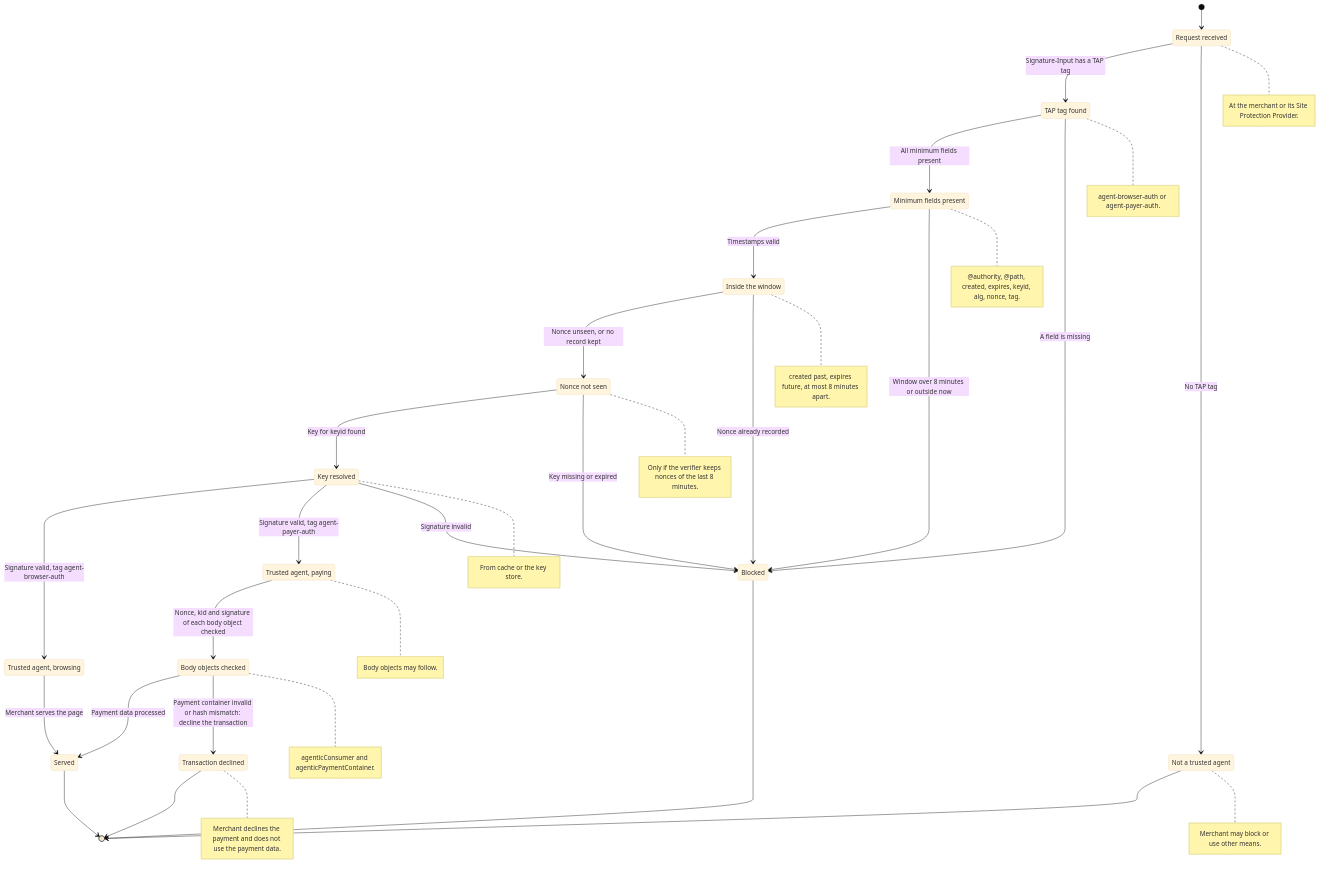
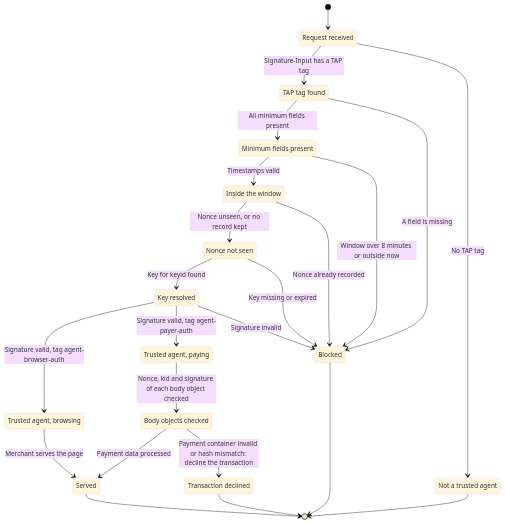
One commit to mercesAI/agentic-rails-atlas changed the diagram in src/generated/mermaid/visa-tap-request-verification.mmd. Above: the diagram before and after it, drawn with Mermaid (base theme). The commit also changed 56 other files, not shown here.

Commit message:
feat(diagrams): wide drawings are fitted to the column as previews with full screen as the reading view (Fit zoom, Actual size toggle); state notes move under the figure, which halves state machine widths and removes every measured label collision

```diff
--- a/src/generated/mermaid/visa-tap-request-verification.mmd
+++ b/src/generated/mermaid/visa-tap-request-verification.mmd
@@ -1,49 +1,39 @@
 stateDiagram-v2
   direction TB
   accTitle: Visa TAP: one request through verification (verifier-side state)
   accDescr: State diagram: Visa TAP: one request through verification (verifier-side state). 13 states: Request received, TAP tag found, Minimum fields present, Inside the window, Nonce not seen, Key resolved, Trusted agent, browsing, Trusted agent, paying, Body objects checked, Served, Not a trusted agent, Blocked, and Transaction declined. Starts in Request received. Ends in Served, Not a trusted agent, Blocked, and Transaction declined. 17 transitions. From Request received to TAP tag found when Signature-Input has a TAP tag. From Request received to Not a trusted agent when No TAP tag. From TAP tag found to Minimum fields present when All minimum fields present. From TAP tag found to Blocked when A field is missing. From Minimum fields present to Inside the window when Timestamps valid. From Minimum fields present to Blocked when Window over 8 minutes or outside now. From Inside the window to Nonce not seen when Nonce unseen, or no record kept. From Inside the window to Blocked when Nonce already recorded. From Nonce not seen to Key resolved when Key for keyid found (GET https://mcp.visa.com/.well-known/jwks). From Nonce not seen to Blocked when Key missing or expired (GET https://mcp.visa.com/.well-known/jwks). From Key resolved to Trusted agent, browsing when Signature valid, tag agent-browser-auth. From Key resolved to Trusted agent, paying when Signature valid, tag agent-payer-auth. From Key resolved to Blocked when Signature invalid. From Trusted agent, browsing to Served when Merchant serves the page. From Trusted agent, paying to Body objects checked when Nonce, kid and signature of each body object checked. From Body objects checked to Served when Payment data processed. From Body objects checked to Transaction declined when Payment container invalid or hash mismatch: decline the transaction.
   state "Request received" as s_received
   state "TAP tag found" as s_tagged
   state "Minimum fields present" as s_fields_ok
   state "Inside the window" as s_in_window
   state "Nonce not seen" as s_nonce_fresh
   state "Key resolved" as s_key_resolved
   state "Trusted agent, browsing" as s_verified_browse
   state "Trusted agent, paying" as s_verified_pay
   state "Body objects checked" as s_objects_checked
   state "Served" as s_served
   state "Not a trusted agent" as s_untrusted
   state "Blocked" as s_blocked
   state "Transaction declined" as s_declined
   [*] --> s_received
   s_received --> s_tagged : Signature-Input has a TAP tag
   s_received --> s_untrusted : No TAP tag
   s_tagged --> s_fields_ok : All minimum fields present
   s_tagged --> s_blocked : A field is missing
   s_fields_ok --> s_in_window : Timestamps valid
   s_fields_ok --> s_blocked : Window over 8 minutes or outside now
   s_in_window --> s_nonce_fresh : Nonce unseen, or no record kept
   s_in_window --> s_blocked : Nonce already recorded
   s_nonce_fresh --> s_key_resolved : Key for keyid found
   s_nonce_fresh --> s_blocked : Key missing or expired
   s_key_resolved --> s_verified_browse : Signature valid, tag agent-browser-auth
   s_key_resolved --> s_verified_pay : Signature valid, tag agent-payer-auth
   s_key_resolved --> s_blocked : Signature invalid
   s_verified_browse --> s_served : Merchant serves the page
   s_verified_pay --> s_objects_checked : Nonce, kid and signature of each body object checked
   s_objects_checked --> s_served : Payment data processed
   s_objects_checked --> s_declined : Payment container invalid or hash mismatch: decline the transaction
   s_served --> [*]
   s_untrusted --> [*]
   s_blocked --> [*]
   s_declined --> [*]
-  note right of s_received : At the merchant or its Site Protection Provider.
-  note right of s_tagged : agent-browser-auth or agent-payer-auth.
-  note right of s_fields_ok : @authority, @path, created, expires, keyid, alg, nonce, tag.
-  note right of s_in_window : created past, expires future, at most 8 minutes apart.
-  note right of s_nonce_fresh : Only if the verifier keeps nonces of the last 8 minutes.
-  note right of s_key_resolved : From cache or the key store.
-  note right of s_verified_pay : Body objects may follow.
-  note right of s_objects_checked : agenticConsumer and agenticPaymentContainer.
-  note right of s_untrusted : Merchant may block or use other means.
-  note right of s_declined : Merchant declines the payment and does not use the payment data.
```
